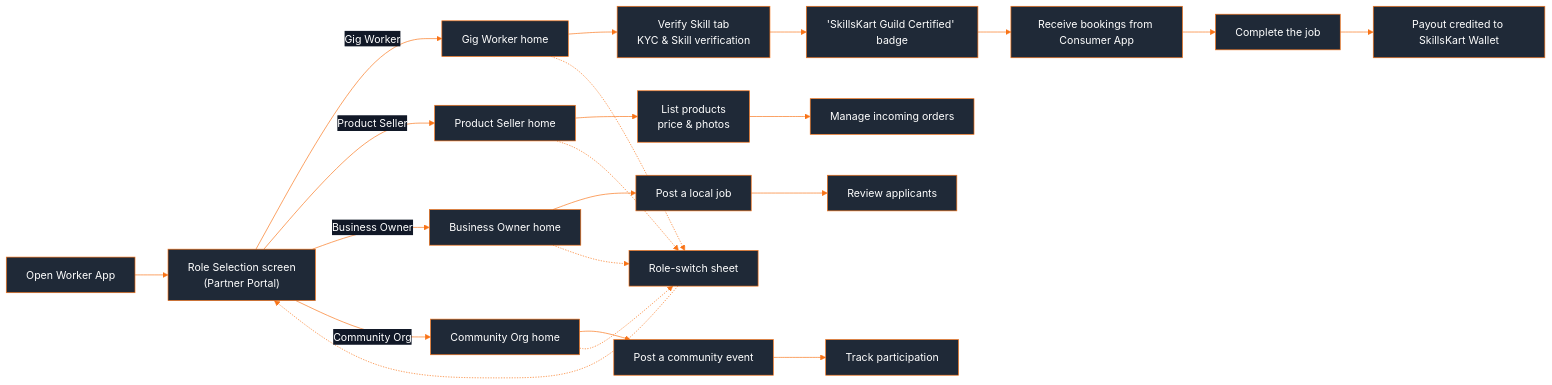
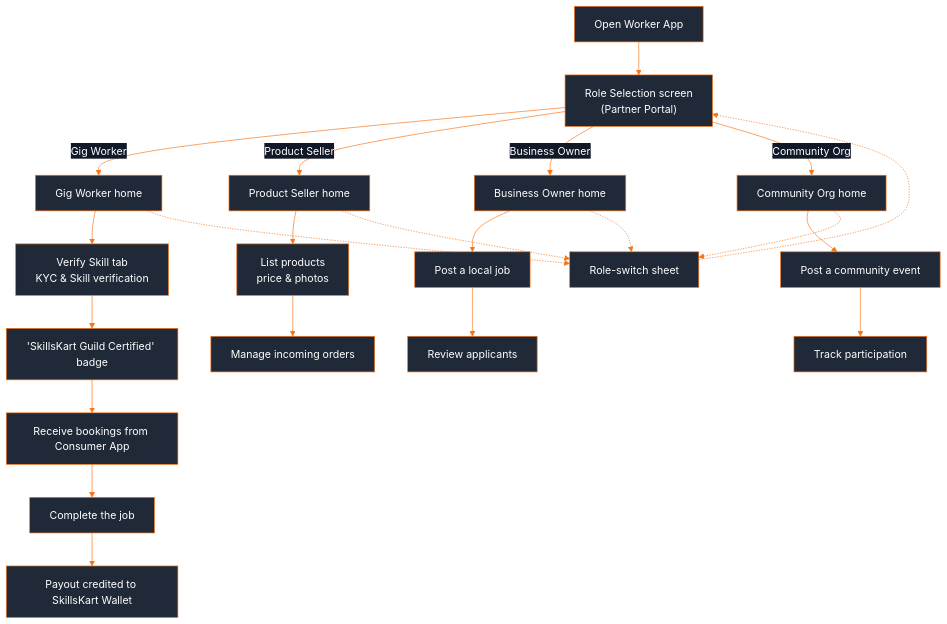
The third of 5 diagrams in README.md (ansh-kukreja/SkillsKart), drawn with Mermaid before and after one commit. The commit also changed other lines of this file, not shown here.

````diff
--- a/README.md
+++ b/README.md
@@ -242,25 +232,25 @@
 ```mermaid
 %%{init: {'theme':'base', 'themeVariables': {'primaryColor':'#1F2937','primaryTextColor':'#FFFFFF','primaryBorderColor':'#F97316','lineColor':'#F97316','secondaryColor':'#374151','tertiaryColor':'#111827','edgeLabelBackground':'#111827'}}}%%
-flowchart LR
+flowchart TD
     A[Open Worker App] --> B["Role Selection screen\n(Partner Portal)"]
     B -->|Gig Worker| C[Gig Worker home]
     C --> D["Verify Skill tab\nKYC & Skill verification"]
     D --> E["'SkillsKart Guild Certified' badge"]
     E --> F[Receive bookings from Consumer App]
     F --> G[Complete the job]
     G --> H[Payout credited to SkillsKart Wallet]
     B -->|Product Seller| I[Product Seller home]
     I --> J["List products\nprice & photos"]
     J --> K[Manage incoming orders]
     B -->|Business Owner| L[Business Owner home]
     L --> M[Post a local job]
     M --> N[Review applicants]
     B -->|Community Org| O[Community Org home]
     O --> P[Post a community event]
     P --> S2[Track participation]
     C -.-> RS[Role-switch sheet]
     I -.-> RS
     L -.-> RS
     O -.-> RS
     RS -.-> B
 ```
````
